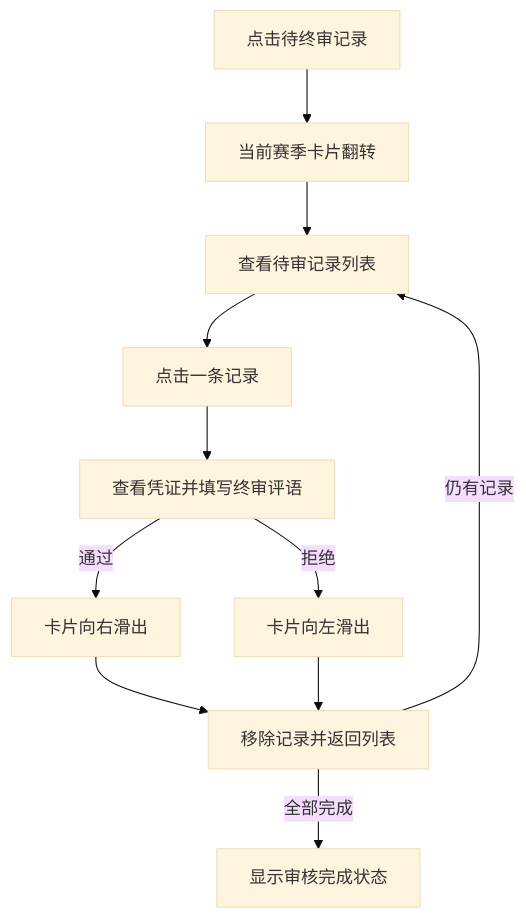
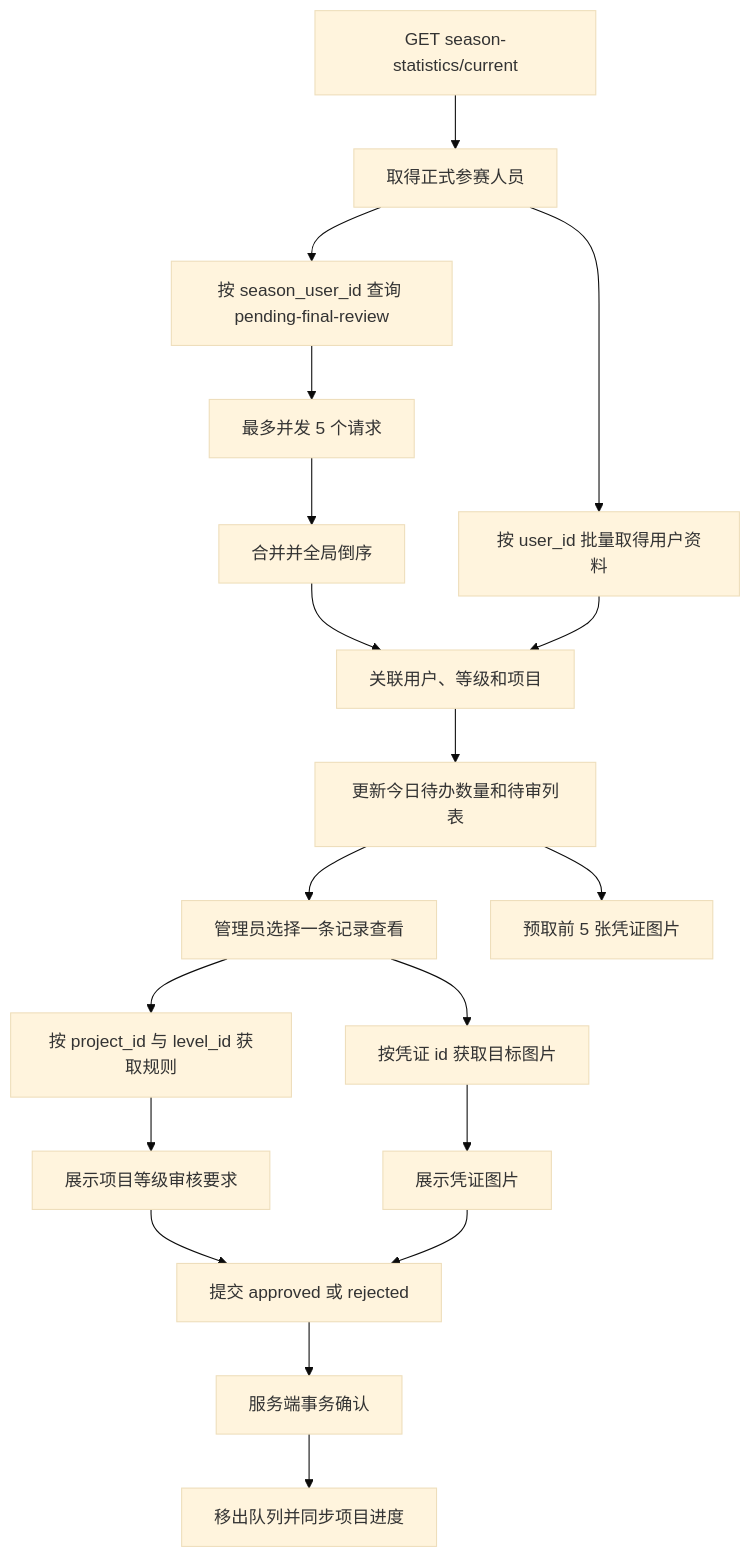
One commit to caicai-6666/flame-sport-pheno-manage-fe changed the diagram in description/features/proof-review.md. Above: the diagram before and after it, drawn with Mermaid (base theme). The commit also changed other lines of this file and 182 other files, not shown here.

````diff
--- a/description/features/proof-review.md
+++ b/description/features/proof-review.md
@@ -13,13 +11,21 @@
 ```mermaid
 flowchart TD
-  A[点击待终审记录] --> B[当前赛季卡片翻转]
-  B --> C[查看待审记录列表]
-  C --> D[点击一条记录]
-  D --> E[查看凭证并填写终审评语]
-  E -->|通过| F[卡片向右滑出]
-  E -->|拒绝| G[卡片向左滑出]
-  F --> H[移除记录并返回列表]
-  G --> H
-  H -->|仍有记录| C
-  H -->|全部完成| I[显示审核完成状态]
+  A[GET season-statistics/current] --> B[取得正式参赛人员]
+  B --> C[按 season_user_id 查询 pending-final-review]
+  C --> D[最多并发 5 个请求]
+  D --> E[合并并全局倒序]
+  B --> F[按 user_id 批量取得用户资料]
+  E --> G[关联用户、等级和项目]
+  F --> G
+  G --> H[更新今日待办数量和待审列表]
+  H --> I[管理员选择一条记录查看]
+  H --> J[预取前 5 张凭证图片]
+  I --> K[按 project_id 与 level_id 获取规则]
+  I --> L[按凭证 id 获取目标图片]
+  K --> M[展示项目等级审核要求]
+  L --> N[展示凭证图片]
+  M --> O[提交 approved 或 rejected]
+  N --> O
+  O --> P[服务端事务确认]
+  P --> Q[移出队列并同步项目进度]
 ```
````
